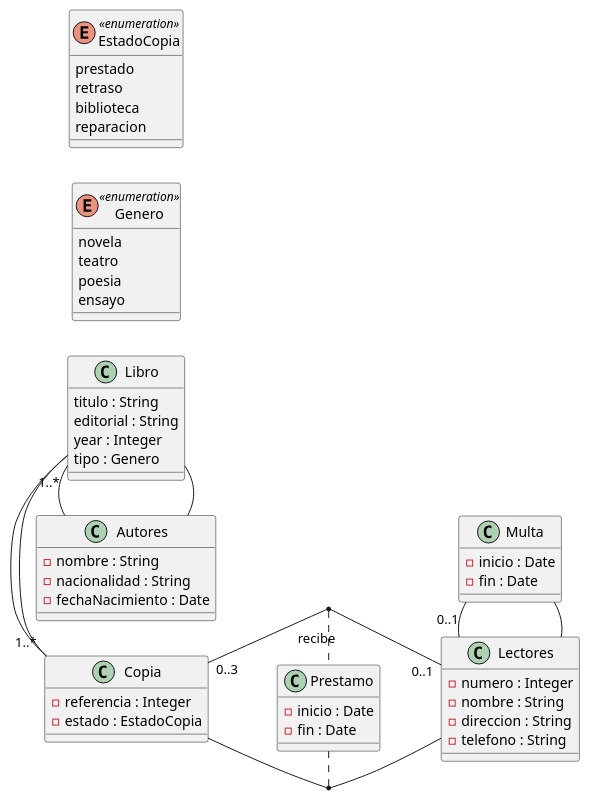
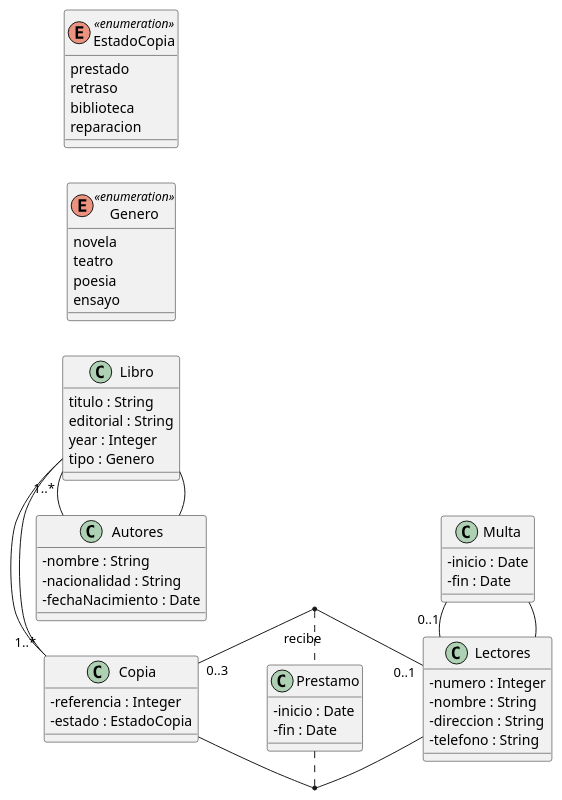
Before and after one commit to SandraLucioni/EntornosDeDesarrollo: the diagram in homeworkOne/puml/biblioteca.puml, drawn with PlantUML. The commit also changed 11 other files, not shown here.

```diff
--- a/homeworkOne/puml/biblioteca.puml
+++ b/homeworkOne/puml/biblioteca.puml
@@ -1,79 +1,71 @@
 @startuml biblioteca
 'https://plantuml.com/class-diagram
-'Una aplicación necesita tener información sobre una biblioteca. Realiza el diagrama de clases y
- 'añade los métodos necesarios para realizar el préstamo y devolución de libros.
- 'La biblioteca tiene copias de libros. Estos últimos se caracterizan por su nombre, tipo (novela,
- 'teatro, poesía, ensayo), editorial, año y autor.
- 'Los autores se caracterizan por su nombre, nacionalidad y fecha de nacimiento.
- 'Cada copia tiene un identificador, y puede estar en la biblioteca, prestada, con retraso o en
- 'reparación.
- 'Los lectores pueden tener un máximo de 3 libros en préstamo.
- 'Cada libro se presta un máximo de 30 días, por cada día de retraso se impone una multa de dos días
- 'sin posibilidad de coger un nuevo libro.
+
 left to right direction
+skinparam classAttributeIconSize 0
 
 Libro -- Copia
 Copia -- Lectores
 Lectores -- Multa
 Libro -- Autores
 (Copia, Lectores) ... Prestamo
 
 
 class Autores {
 -nombre : String
 -nacionalidad : String
 -fechaNacimiento : Date
 }
 
 class Libro {
 titulo : String
 editorial : String
 year : Integer
 tipo : Genero
 
 }
 
 class Prestamo{
 -inicio : Date
 -fin : Date
 }
 
 class Lectores{
 -numero : Integer
 -nombre : String
 -direccion : String
 -telefono : String
 
 }
 
 class Copia{
 -referencia : Integer
 -estado : EstadoCopia
 }
 
 class Multa{
 -inicio : Date
 -fin : Date
 }
 
 enum Genero <<enumeration>> {
 novela
 teatro
 poesia
 ensayo
 }
 
 enum EstadoCopia <<enumeration>>{
 prestado
 retraso
 biblioteca
 reparacion
 }
 
 Multa"0..1" - Lectores
 Copia "0..3" - "0..1" Lectores
 Copia "1..*" - Libro
 Libro "1..*" - Autores
 ( Copia, Lectores) ... Prestamo : recibe
 
 @enduml
```
